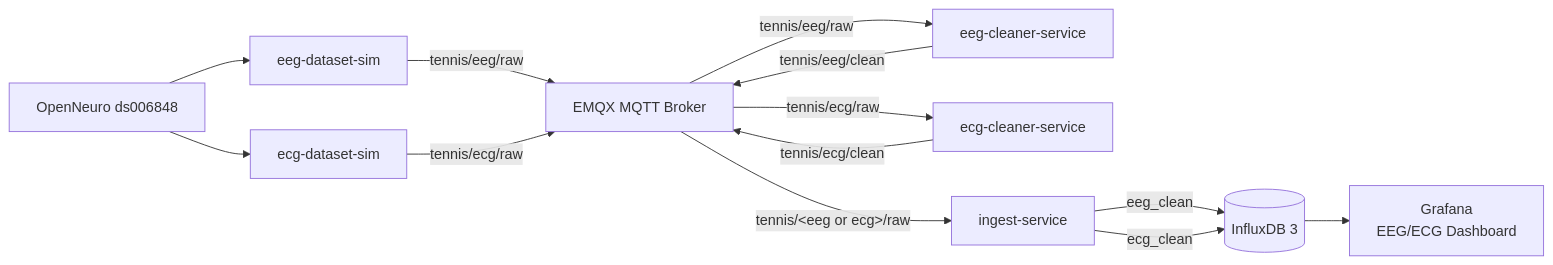
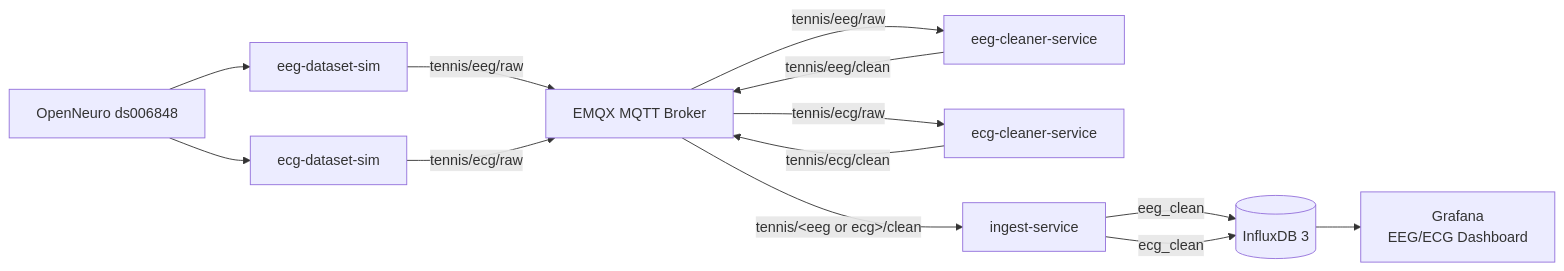
Before and after one commit to Aramushaa/Smart-Tennis-Field: the fourth of 4 diagrams in README.md, drawn with Mermaid.

Commit message:
Fix data flow in README to correct EEG/ECG message routing to ingest-service

````diff
--- a/README.md
+++ b/README.md
@@ -64,20 +64,20 @@
 ```mermaid
 flowchart LR
     OD[OpenNeuro ds006848] --> EEGSIM[eeg-dataset-sim]
     OD --> ECGSIM[ecg-dataset-sim]
 
     EEGSIM -->|tennis/eeg/raw| EMQX[EMQX MQTT Broker]
     ECGSIM -->|tennis/ecg/raw| EMQX
 
     EMQX -->|tennis/eeg/raw| EEGC[eeg-cleaner-service]
     EMQX -->|tennis/ecg/raw| ECGC[ecg-cleaner-service]
 
     EEGC -->|tennis/eeg/clean| EMQX
     ECGC -->|tennis/ecg/clean| EMQX
 
-    EMQX -->|tennis/&lt;eeg or ecg&gt;/raw| ING[ingest-service]
+    EMQX -->|tennis/&lt;eeg or ecg&gt;/clean| ING[ingest-service]
     ING -->|eeg_clean| DB[(InfluxDB 3)]
     ING -->|ecg_clean| DB
 
     DB --> G[Grafana<br/>EEG/ECG Dashboard]
 ```
````
